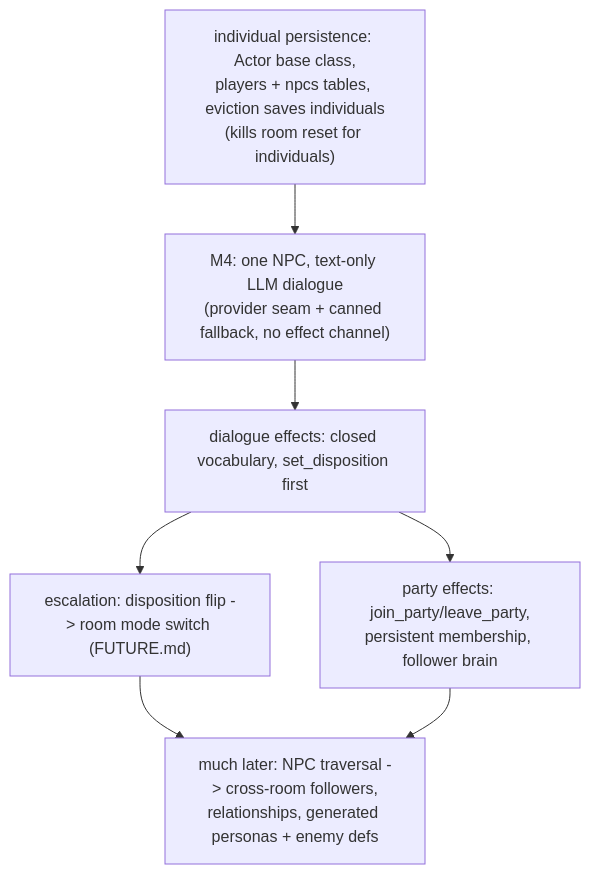
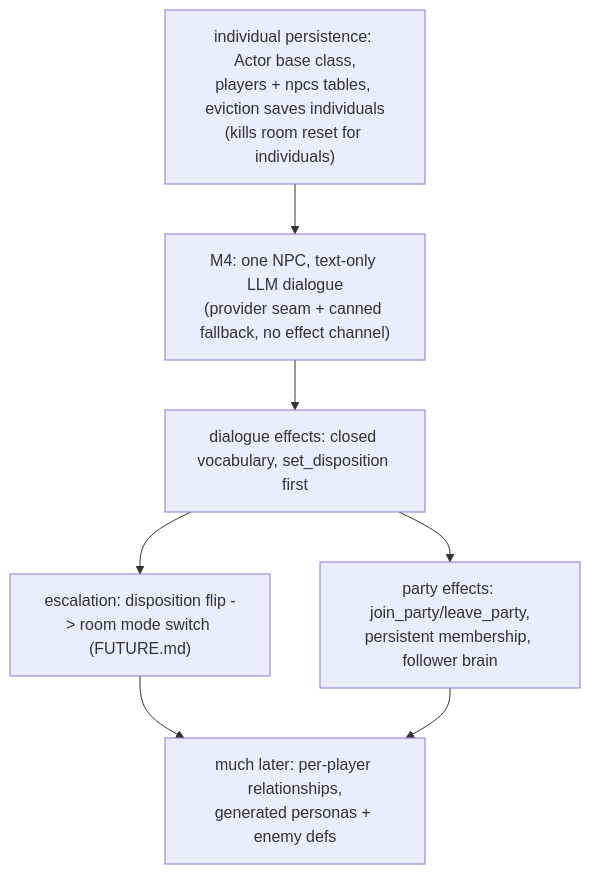
The second of 2 diagrams in docs/NPCS.md (GoldenWind8/roguelike-mvp), drawn with Mermaid before and after one commit. The commit also changed other lines of this file and 38 other files, not shown here.

````diff
--- a/docs/NPCS.md
+++ b/docs/NPCS.md
@@ -313,10 +312,10 @@
 ```mermaid
 flowchart TD
     S["individual persistence: Actor base class,<br/>players + npcs tables, eviction saves individuals<br/>(kills room reset for individuals)"]
     S --> A["M4: one NPC, text-only LLM dialogue<br/>(provider seam + canned fallback, no effect channel)"]
     A --> B["dialogue effects: closed vocabulary, set_disposition first"]
     B --> C["escalation: disposition flip -> room mode switch (FUTURE.md)"]
     B --> P["party effects: join_party/leave_party,<br/>persistent membership, follower brain"]
-    C --> D["much later: NPC traversal -> cross-room followers,<br/>relationships, generated personas + enemy defs"]
+    C --> D["much later: per-player relationships,<br/>generated personas + enemy defs"]
     P --> D
 ```
````
